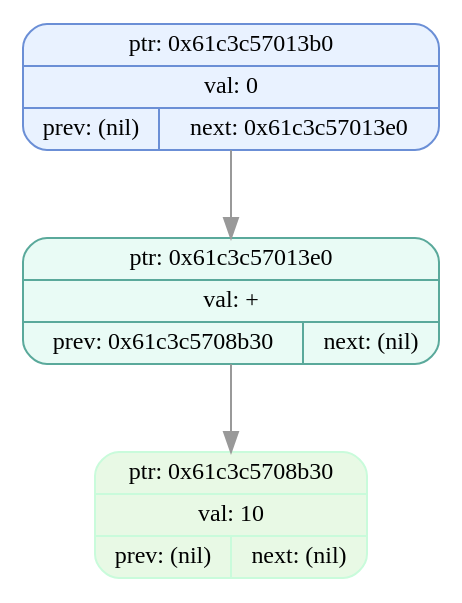
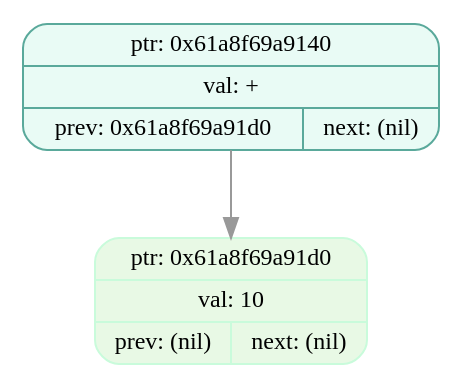
Before and after one commit to EvilTomato9890/Difference: the diagram in dumps/tree_dump_001.dot, drawn with Graphviz. The commit also changed 37 other files, not shown here.

```diff
--- a/dumps/tree_dump_001.dot
+++ b/dumps/tree_dump_001.dot
@@ -1,9 +1,7 @@
 digraph T{
   node [fontname="Fira Mono",shape=record,style="filled,rounded",fontsize=12];
   graph [splines=true, nodesep=0.6, ranksep=0.6];
-  node_0x61c3c57013b0[shape=record,label="{ {ptr: 0x61c3c57013b0} | {val: 0} | { prev: (nil) | next: 0x61c3c57013e0 } }",color="#6b8fd6",fillcolor="#e9f2ff"];
-  node_0x61c3c57013e0[shape=record,label="{ {ptr: 0x61c3c57013e0} | {val: +} | { prev: 0x61c3c5708b30 | next: (nil) } }",color="#5aa99b",fillcolor="#e9fbf5"];
-  node_0x61c3c5708b30[shape=record,label="{ {ptr: 0x61c3c5708b30} | {val: 10} | { prev: (nil) | next: (nil) } }",color="#c9fbdbff",fillcolor="#e8f9e5ff"];
-  node_0x61c3c57013b0 -> node_0x61c3c57013e0 [color="#999999"];
-  node_0x61c3c57013e0 -> node_0x61c3c5708b30 [color="#999999"];
+  node_0x61a8f69a9140[shape=record,label="{ {ptr: 0x61a8f69a9140} | {val: +} | { prev: 0x61a8f69a91d0 | next: (nil) } }",color="#5aa99b",fillcolor="#e9fbf5"];
+  node_0x61a8f69a91d0[shape=record,label="{ {ptr: 0x61a8f69a91d0} | {val: 10} | { prev: (nil) | next: (nil) } }",color="#c9fbdbff",fillcolor="#e8f9e5ff"];
+  node_0x61a8f69a9140 -> node_0x61a8f69a91d0 [color="#999999"];
 }
```
